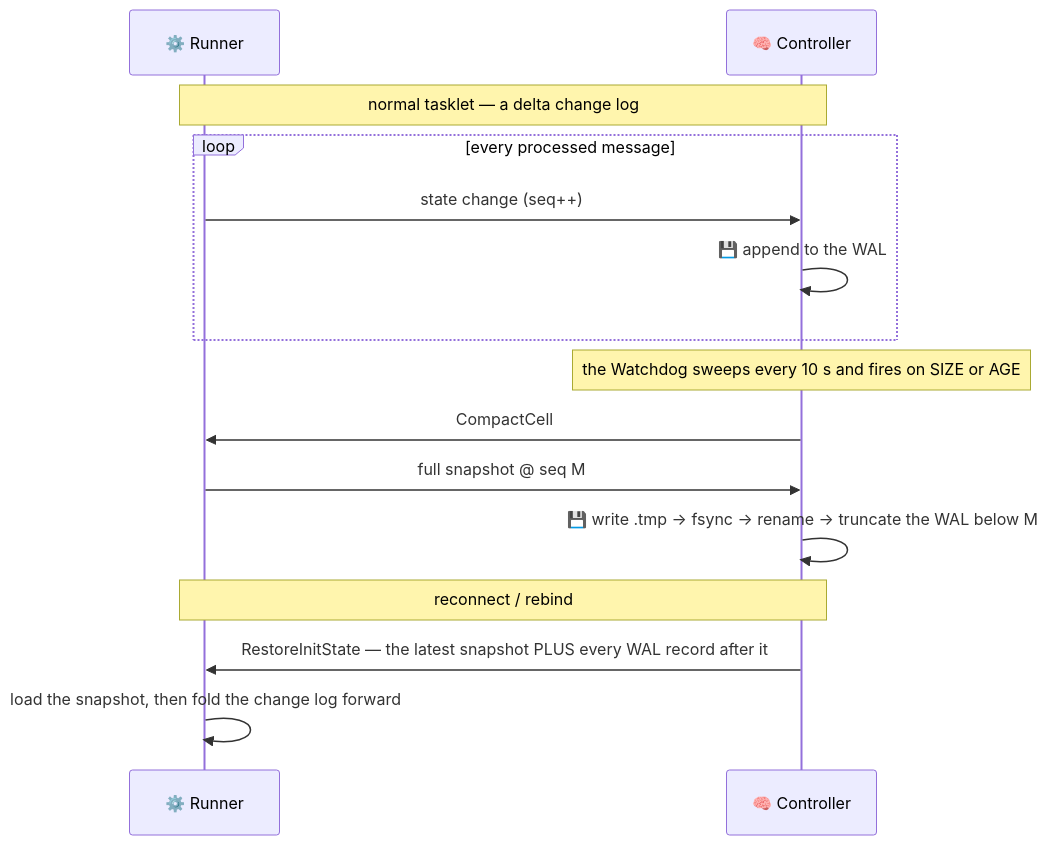
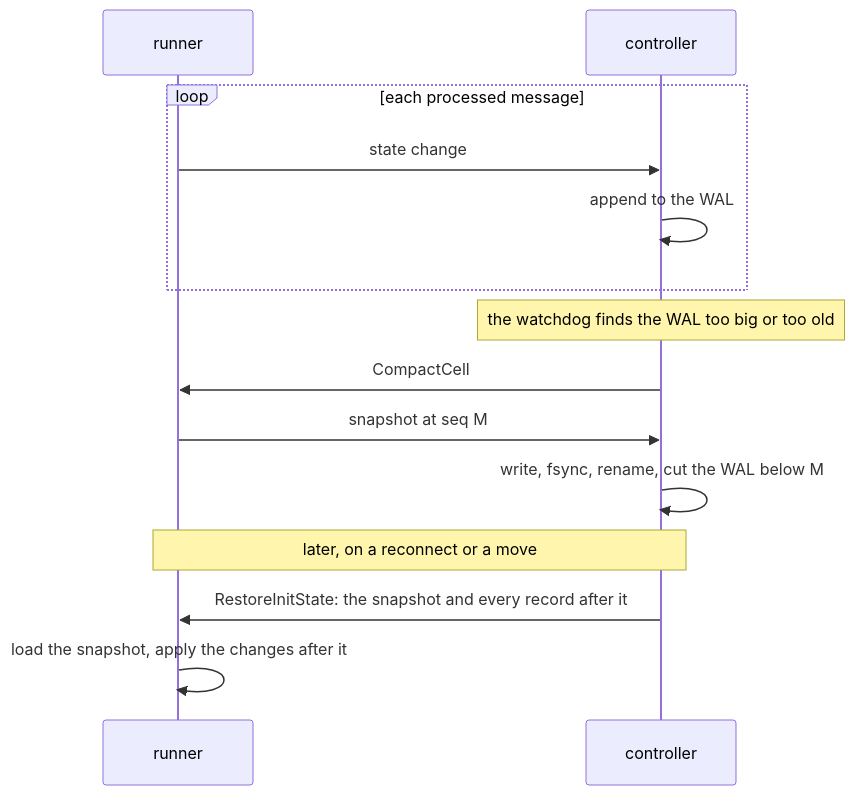
The third of 10 diagrams in docs/architecture/kernel.md (Flezha/flezha), drawn with Mermaid before and after one commit. The commit also changed other lines of this file and 10 other files, not shown here.

First line of the commit message:
Publish the architecture pages as their own chapter in the docs

````diff
--- a/docs/architecture/kernel.md
+++ b/docs/architecture/kernel.md
@@ -201,20 +215,17 @@
 ```mermaid
 sequenceDiagram
-    participant EX as ⚙️ Runner
-    participant CTRL as 🧠 Controller
+    participant R as runner
+    participant C as controller
 
-    Note over EX,CTRL: normal tasklet — a delta change log
-    loop every processed message
-        EX->>CTRL: state change (seq++)
-        CTRL->>CTRL: 💾 append to the WAL
+    loop each processed message
+        R->>C: state change
+        C->>C: append to the WAL
     end
-
-    Note over CTRL: the Watchdog sweeps every 10 s and fires on SIZE or AGE
-    CTRL->>EX: CompactCell
-    EX->>CTRL: full snapshot @ seq M
-    CTRL->>CTRL: 💾 write .tmp → fsync → rename → truncate the WAL below M
-
-    Note over EX,CTRL: reconnect / rebind
-    CTRL->>EX: RestoreInitState — the latest snapshot PLUS every WAL record after it
-    EX->>EX: load the snapshot, then fold the change log forward
+    Note over C: the watchdog finds the WAL too big or too old
+    C->>R: CompactCell
+    R->>C: snapshot at seq M
+    C->>C: write, fsync, rename, cut the WAL below M
+    Note over R,C: later, on a reconnect or a move
+    C->>R: RestoreInitState: the snapshot and every record after it
+    R->>R: load the snapshot, apply the changes after it
 ```
````
